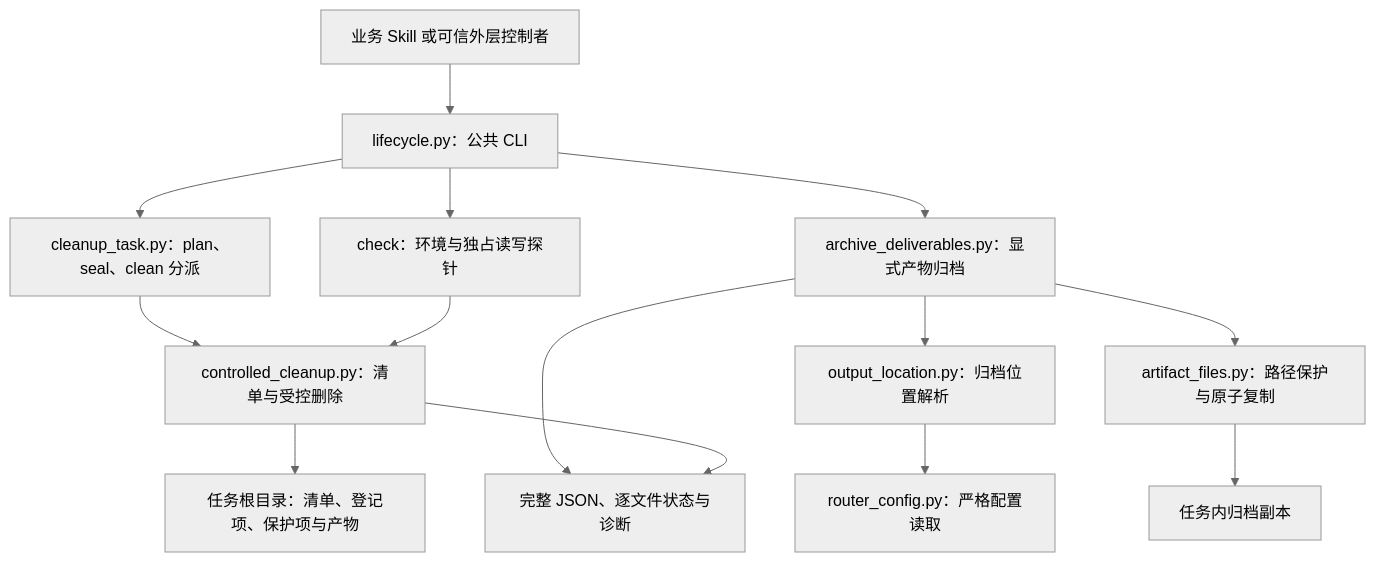
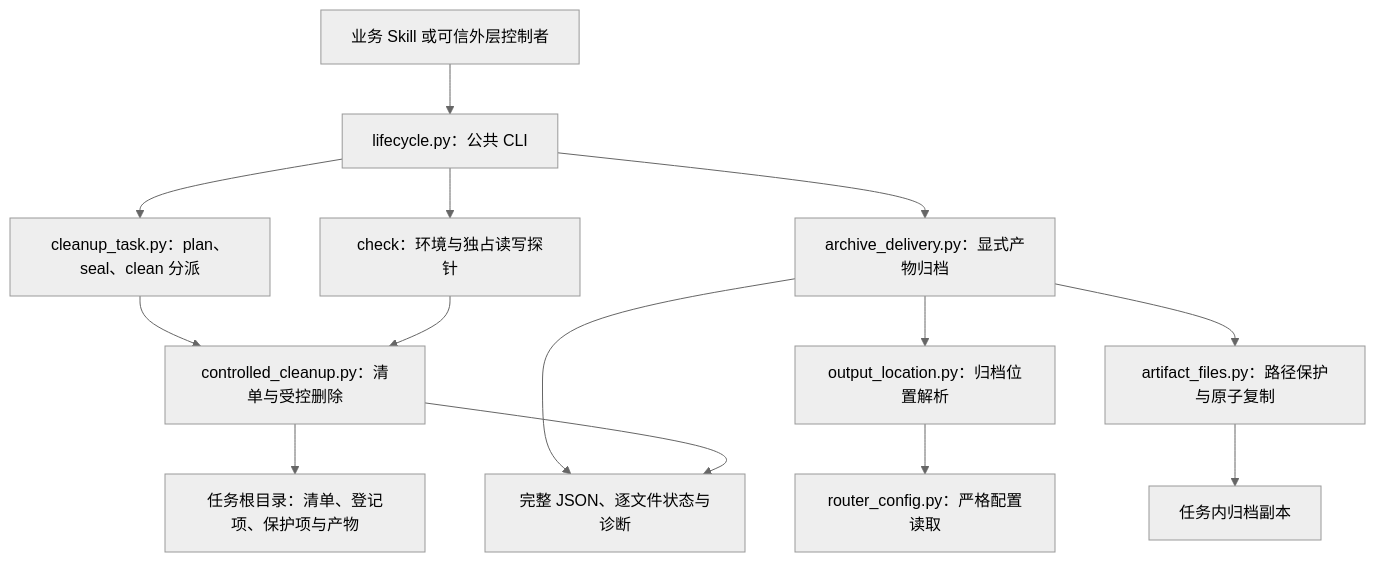
Before and after one commit to JohnParken/PSL-SKILLS: the first of 2 diagrams in docs/skills/artifact-lifecycle.md, drawn with Mermaid (neutral theme). The commit also changed other lines of this file and 14 other files, not shown here.

Commit message:
feat(archive): replace delivery entry with verified per-question archival

````diff
--- a/docs/skills/artifact-lifecycle.md
+++ b/docs/skills/artifact-lifecycle.md
@@ -19,16 +19,16 @@
 ```mermaid
 flowchart TD
     A["业务 Skill 或可信外层控制者"] --> B["lifecycle.py：公共 CLI"]
     B --> C["check：环境与独占读写探针"]
-    B --> D["archive_deliverables.py：显式产物归档"]
+    B --> D["archive_delivery.py：显式产物归档"]
     B --> E["cleanup_task.py：plan、seal、clean 分派"]
     E --> F["controlled_cleanup.py：清单与受控删除"]
     C --> F
     D --> G["output_location.py：归档位置解析"]
     G --> H["router_config.py：严格配置读取"]
     D --> I["artifact_files.py：路径保护与原子复制"]
     F --> J["任务根目录：清单、登记项、保护项与产物"]
     I --> K["任务内归档副本"]
     D --> L["完整 JSON、逐文件状态与诊断"]
     F --> L
 ```
````
